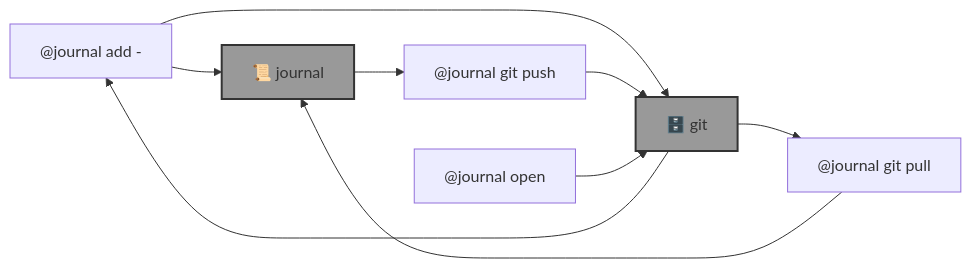
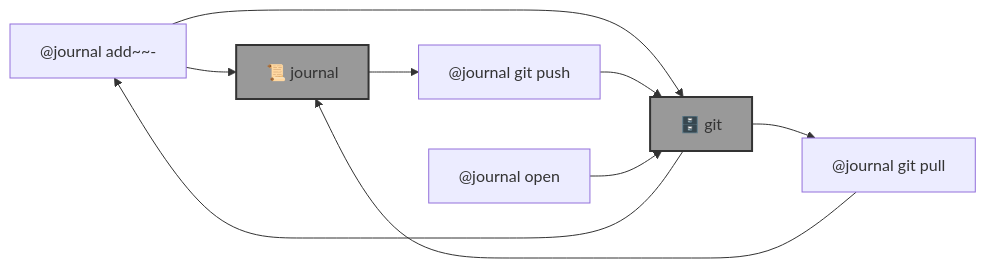
One commit to kamangir/bluer-journal changed the diagram in template.md. Above: the diagram before and after it, drawn with Mermaid. The commit also changed 2 other files, not shown here.

Commit message:
doc++ - kamangir/bolt#746

````diff
--- a/template.md
+++ b/template.md
@@ -5,28 +5,28 @@
 ```mermaid
 graph LR
 
-    journal_add["@journal add - <message>"]
+    journal_add["@journal add~~- <message>"]
 
     journal_git_pull["@journal git pull"]
 
     journal_git_push["@journal git push"]
 
     journal_open["@journal open"]
 
     journal["📜 journal"]:::folder
     git["🗄️ git"]:::folder
 
     git --> journal_add
     journal_add --> journal
     journal_add --> git
 
     git --> journal_git_pull
     journal_git_pull --> journal
 
     journal --> journal_git_push
     journal_git_push --> git
 
     journal_open --> git
 
     classDef folder fill:#999,stroke:#333,stroke-width:2px;
 ```
````
